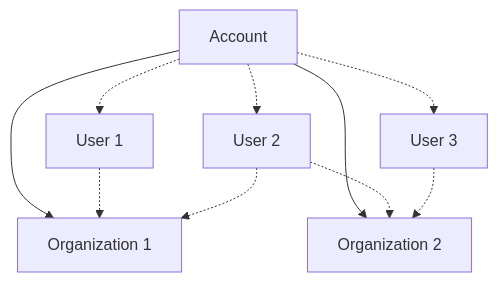
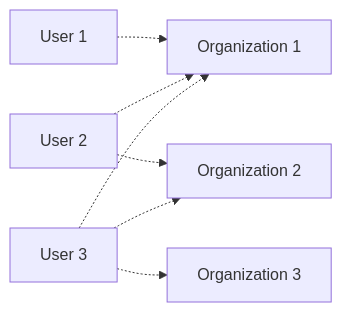
The second of 4 diagrams in ui/account/organizations.mdx (Unstructured-IO/docs), drawn with Mermaid before and after one commit. The commit also changed other lines of this file and 1 other file, not shown here.

Commit message:
Arch diagram cleanup, more task headings

````diff
--- a/ui/account/organizations.mdx
+++ b/ui/account/organizations.mdx
@@ -33,14 +40,16 @@
 ```mermaid
-graph TD
-    Account --> Org1[Organization 1]
-    Account --> Org2[Organization 2]
+graph LR
+    User1[User 1]
+    User2[User 2]
+    User3[User 3]
+    Org1[Organization 1]
+    Org2[Organization 2]
+    Org3[Organization 3]
 
-    Account -.-> User1[User 1]
-    Account -.-> User2[User 2]
-    Account -.-> User3[User 3]
-    
     User1 -.-> Org1
     User2 -.-> Org1
     User2 -.-> Org2
+    User3 -.-> Org1
     User3 -.-> Org2
+    User3 -.-> Org3
 ```
````
